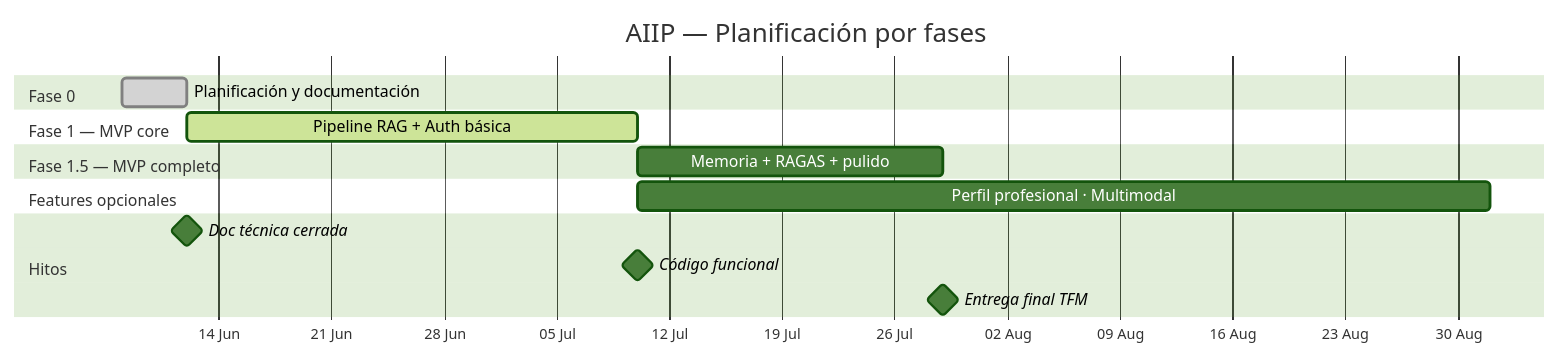
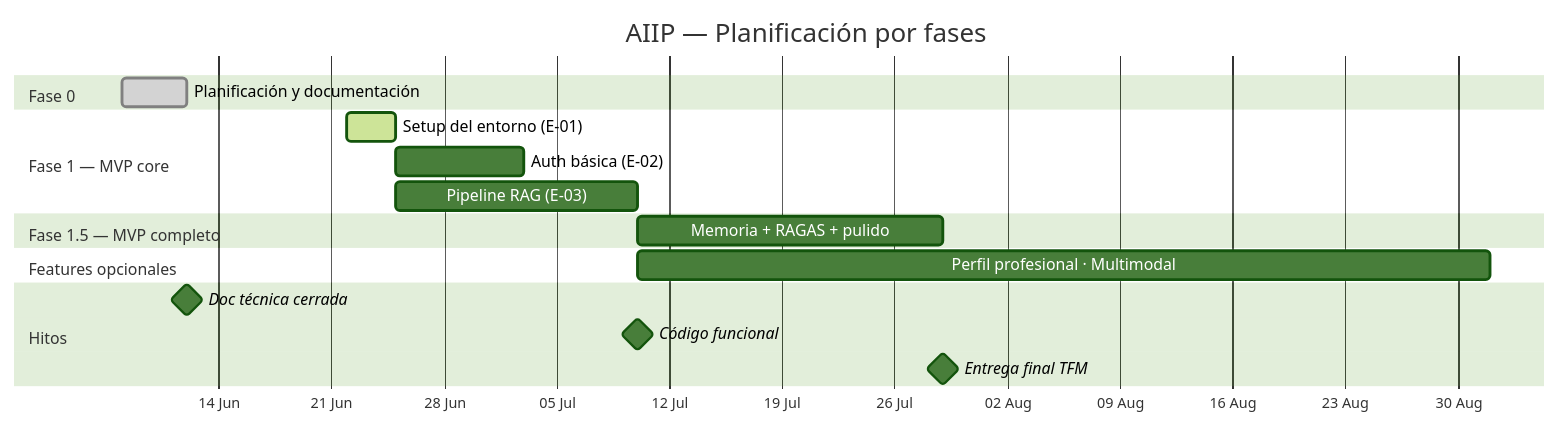
One commit to mimpho/aiip changed the diagram in README.md. Above: the diagram before and after it, drawn with Mermaid (forest theme). The commit also changed 5 other files, not shown here.

Commit message:
feat(E01): setup entorno — Supabase, HF, Drive, .env.example, smoke test (T02 pendiente)

````diff
--- a/README.md
+++ b/README.md
@@ -46,23 +46,25 @@
 ```mermaid
 gantt
     title AIIP — Planificación por fases
     dateFormat  YYYY-MM-DD
     axisFormat  %d %b
 
     section Fase 0
     Planificación y documentación     :done,    f0, 2026-06-08, 2026-06-12
 
     section Fase 1 — MVP core
-    Pipeline RAG + Auth básica        :active,  f1, 2026-06-12, 2026-07-10
+    Setup del entorno (E-01)          :active,  f1a, 2026-06-22, 2026-06-25
+    Auth básica (E-02)                :         f1b, 2026-06-25, 2026-07-03
+    Pipeline RAG (E-03)               :         f1c, 2026-06-25, 2026-07-10
 
     section Fase 1.5 — MVP completo
     Memoria + RAGAS + pulido          :         f15, 2026-07-10, 2026-07-29
 
     section Features opcionales
     Perfil profesional · Multimodal   :         fo, 2026-07-10, 2026-09-01
 
     section Hitos
     Doc técnica cerrada               :milestone, 2026-06-12, 0d
     Código funcional                  :milestone, 2026-07-10, 0d
     Entrega final TFM                 :milestone, 2026-07-29, 0d
 ```
````
